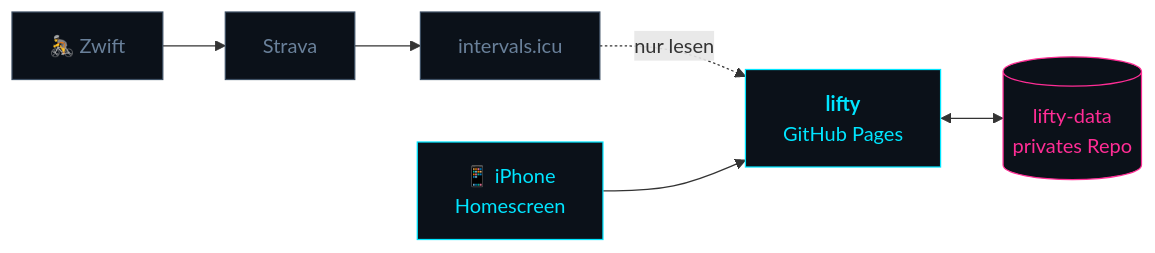
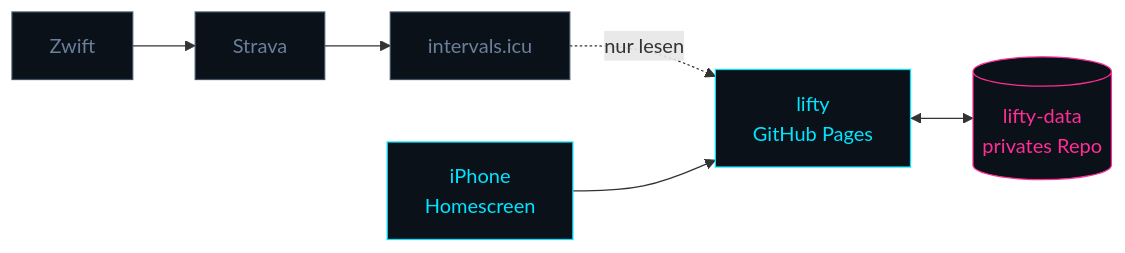
The first of 2 diagrams in README.md (cyphomat/lifty), drawn with Mermaid before and after one commit.

Commit message:
README: Mermaid auf die sichere Syntax
GitHub rendert Mermaid mit abgeschaltetem HTML in Beschriftungen — <b> waere
woertlich erschienen. Dazu die gepunktete Kante ohne Anfuehrungszeichen.

````diff
--- a/README.md
+++ b/README.md
@@ -21,15 +21,15 @@
 ```mermaid
 flowchart LR
-  Z["🚴 Zwift"] --> S["Strava"]
+  Z["Zwift"] --> S["Strava"]
   S --> I["intervals.icu"]
-  I -. "nur lesen" .-> A
-  A["<b>lifty</b><br/>GitHub Pages"] <--> D[("lifty-data<br/>privates Repo")]
-  P["📱 iPhone<br/>Homescreen"] --> A
+  I -. nur lesen .-> A
+  A["lifty<br/>GitHub Pages"] <--> D[("lifty-data<br/>privates Repo")]
+  P["iPhone<br/>Homescreen"] --> A
 
   classDef fremd fill:#0b1119,stroke:#3d4f63,color:#69809a
   classDef eigen fill:#0b1119,stroke:#00e5ff,color:#00e5ff
   classDef daten fill:#0b1119,stroke:#ff2d95,color:#ff2d95
   class Z,S,I fremd
   class A,P eigen
   class D daten
 ```
````
